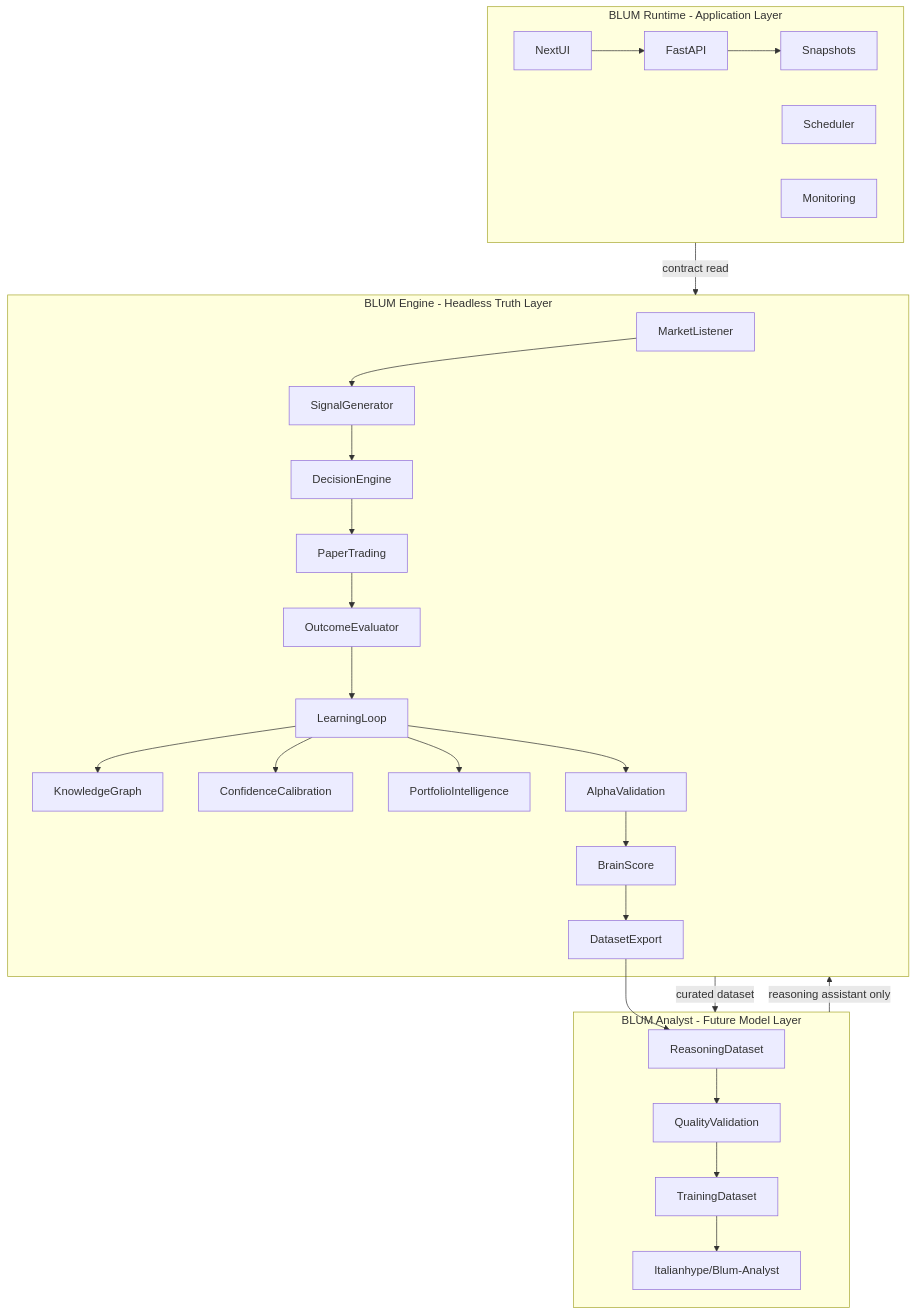
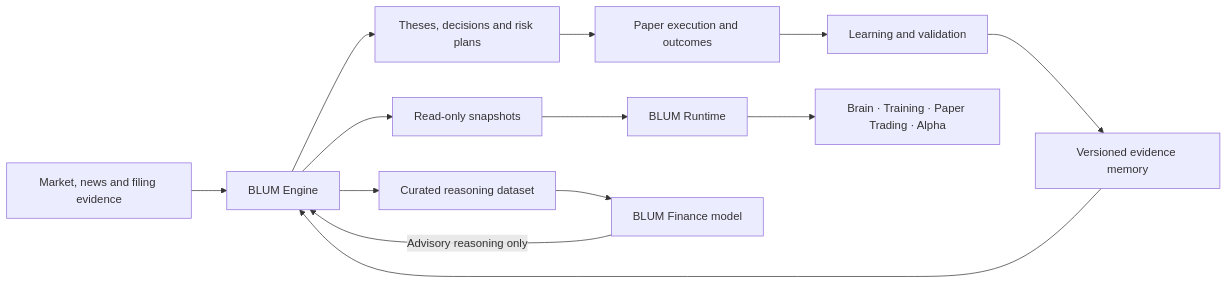
One commit to BlumFinancialLab/Blum changed the diagram in README.md. Above: the diagram before and after it, drawn with Mermaid. The commit also changed other lines of this file and 3 other files, not shown here.

````diff
--- a/README.md
+++ b/README.md
@@ -148,45 +83,15 @@
 ```mermaid
-graph TD
-  subgraph Engine["BLUM Engine - Headless Truth Layer"]
-    MarketListener
-    SignalGenerator
-    DecisionEngine
-    PaperTrading
-    OutcomeEvaluator
-    LearningLoop
-    KnowledgeGraph
-    ConfidenceCalibration
-    PortfolioIntelligence
-    AlphaValidation
-    BrainScore
-    DatasetExport
-  end
-
-  subgraph Analyst["BLUM Analyst - Future Model Layer"]
-    ReasoningDataset
-    QualityValidation
-    TrainingDataset
-    BlumAnalystModel["Italianhype/Blum-Analyst"]
-  end
-
-  subgraph Runtime["BLUM Runtime - Application Layer"]
-    FastAPI
-    Scheduler
-    Snapshots
-    Monitoring
-    NextUI
-  end
-
-  MarketListener --> SignalGenerator --> DecisionEngine --> PaperTrading --> OutcomeEvaluator --> LearningLoop
-  LearningLoop --> KnowledgeGraph
-  LearningLoop --> ConfidenceCalibration
-  LearningLoop --> PortfolioIntelligence
-  LearningLoop --> AlphaValidation
-  AlphaValidation --> BrainScore
-  BrainScore --> DatasetExport
-  DatasetExport --> ReasoningDataset --> QualityValidation --> TrainingDataset --> BlumAnalystModel
-  Runtime -->|contract read| Engine
-  Engine -->|curated dataset| Analyst
-  Analyst -->|reasoning assistant only| Engine
-  NextUI --> FastAPI --> Snapshots
+flowchart LR
+    Data["Market, news and filing evidence"] --> Engine["BLUM Engine"]
+    Engine --> Decisions["Theses, decisions and risk plans"]
+    Decisions --> Paper["Paper execution and outcomes"]
+    Paper --> Learning["Learning and validation"]
+    Learning --> Memory["Versioned evidence memory"]
+    Memory --> Engine
+    Engine --> Snapshots["Read-only snapshots"]
+    Snapshots --> Runtime["BLUM Runtime"]
+    Runtime --> UI["Brain · Training · Paper Trading · Alpha"]
+    Engine --> Dataset["Curated reasoning dataset"]
+    Dataset --> Analyst["BLUM Finance model"]
+    Analyst -->|"Advisory reasoning only"| Engine
 ```
````
